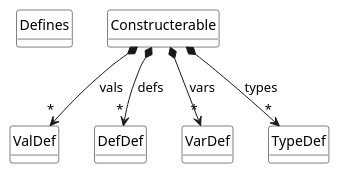
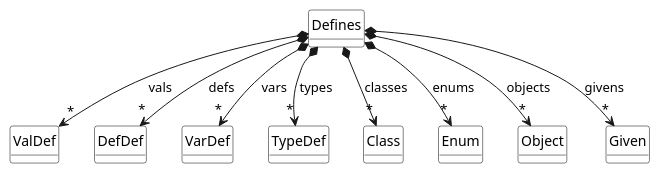
Before and after one commit to tizuck/scala-uml: the diagram in scala-uml-meta/sub/defines.meta.puml, drawn with PlantUML. The commit also changed 6 other files, not shown here.

```diff
--- a/scala-uml-meta/sub/defines.meta.puml
+++ b/scala-uml-meta/sub/defines.meta.puml
@@ -1,18 +1,22 @@
 @startuml
 class Defines 
 
-Constructerable *--> "*" ValDef : vals 
-Constructerable *--> "*" DefDef : defs 
-Constructerable *--> "*" VarDef : vars
-Constructerable *--> "*" TypeDef : types
+Defines *--> "*" ValDef : vals 
+Defines *--> "*" DefDef : defs 
+Defines *--> "*" VarDef : vars
+Defines *--> "*" TypeDef : types
+Defines *--> "*" Class : classes
+Defines *--> "*" Enum  : enums 
+Defines *--> "*" Object : objects 
+Defines *--> "*" Given : givens 
 
 hide class circle
 hide class methods
 
 skinparam class {
     BackgroundColor White
     ArrowColor Black
     BorderColor Black
 }
 
 @enduml 
```
